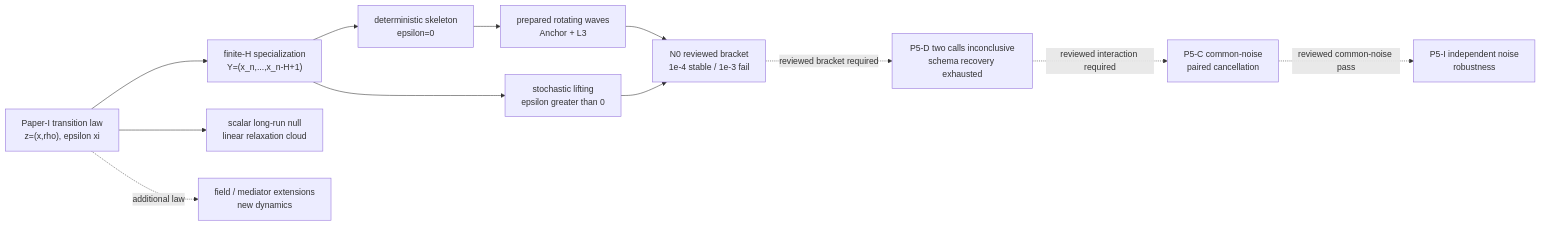
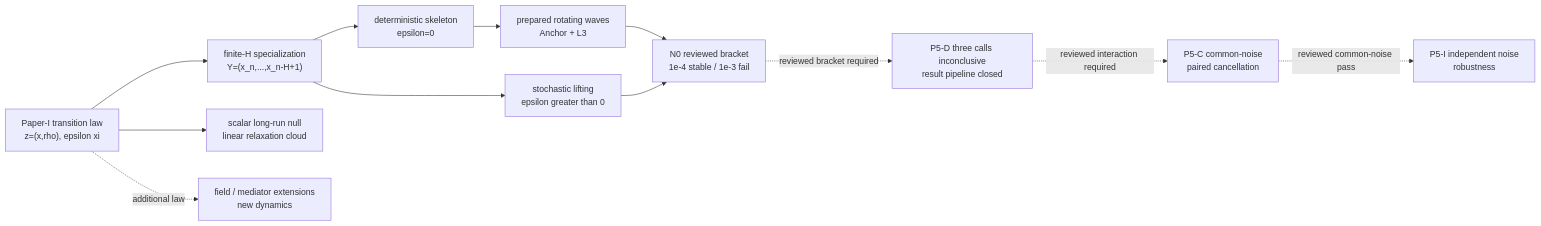
The seventh of 8 diagrams in docs/reference/repository_map.md (MemoryDynamics/Knoten), drawn with Mermaid before and after one commit. The commit also changed other lines of this file and 8 other files, not shown here.

````diff
--- a/docs/reference/repository_map.md
+++ b/docs/reference/repository_map.md
@@ -348,23 +348,23 @@
 ```mermaid
 flowchart LR
     paperlaw["Paper-I transition law<br/>z=(x,rho), epsilon xi"]
     finiteh["finite-H specialization<br/>Y=(x_n,...,x_n-H+1)"]
     deterministic["deterministic skeleton<br/>epsilon=0"]
     stochastic["stochastic lifting<br/>epsilon greater than 0"]
     longrun["scalar long-run null<br/>linear relaxation cloud"]
     loops["prepared rotating waves<br/>Anchor + L3"]
     n0["N0 reviewed bracket<br/>1e-4 stable / 1e-3 fail"]
-    p5d["P5-D two calls inconclusive<br/>schema recovery exhausted"]
+    p5d["P5-D three calls inconclusive<br/>result pipeline closed"]
     p5c["P5-C common-noise<br/>paired cancellation"]
     p5i["P5-I independent noise<br/>robustness"]
     fields["field / mediator extensions<br/>new dynamics"]
 
     paperlaw --> finiteh
     paperlaw --> longrun
     finiteh --> deterministic --> loops --> n0
     finiteh --> stochastic --> n0
     n0 -.reviewed bracket required.-> p5d
     p5d -.reviewed interaction required.-> p5c
     p5c -.reviewed common-noise pass.-> p5i
     paperlaw -.additional law.-> fields
 ```
````
